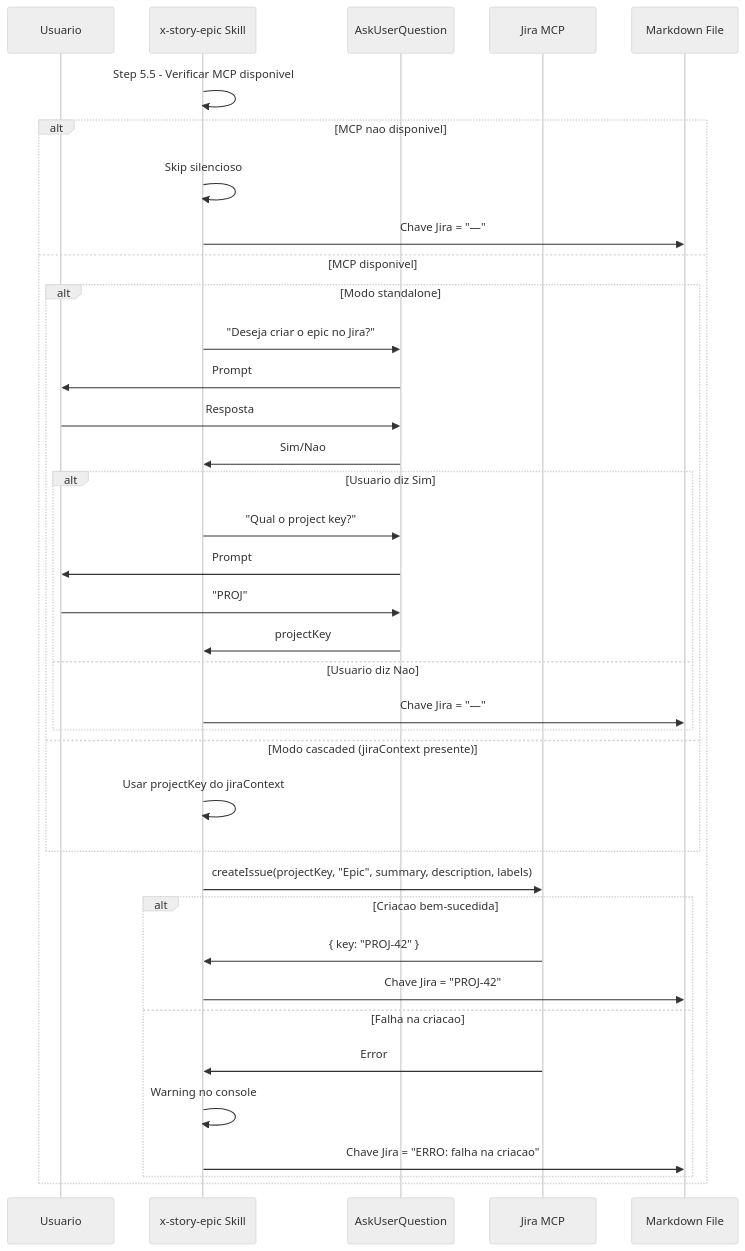
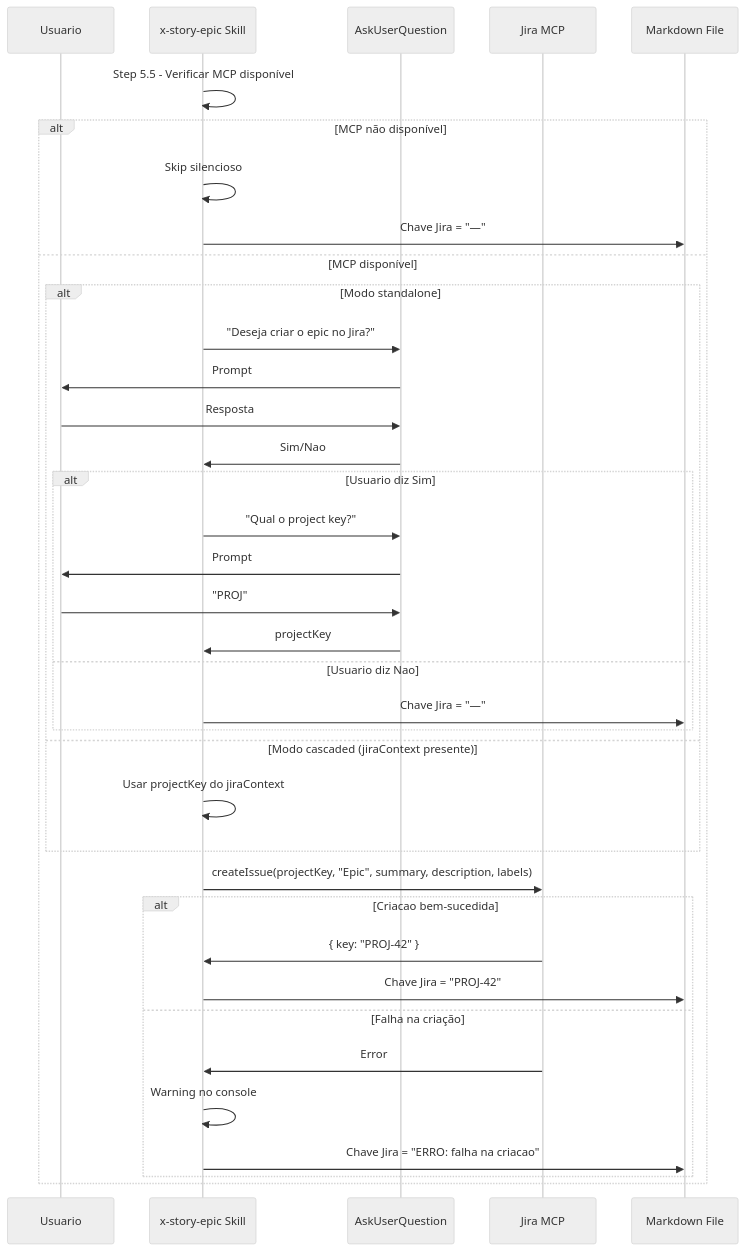
The first of 2 diagrams in docs/stories/epic-0011/story-0011-0003.md (edercnj/ia-dev-environment), drawn with Mermaid (neutral theme) before and after one commit. The commit also changed other lines of this file and 14 other files, not shown here.

````diff
--- a/docs/stories/epic-0011/story-0011-0003.md
+++ b/docs/stories/epic-0011/story-0011-0003.md
@@ -93,40 +93,40 @@
 ```mermaid
 sequenceDiagram
     participant U as Usuario
     participant S as x-story-epic Skill
     participant A as AskUserQuestion
     participant M as Jira MCP
     participant MD as Markdown File
 
-    S->>S: Step 5.5 - Verificar MCP disponivel
-    alt MCP nao disponivel
+    S->>S: Step 5.5 - Verificar MCP disponível
+    alt MCP não disponível
         S->>S: Skip silencioso
         S->>MD: Chave Jira = "—"
-    else MCP disponivel
+    else MCP disponível
         alt Modo standalone
             S->>A: "Deseja criar o epic no Jira?"
             A->>U: Prompt
             U->>A: Resposta
             A->>S: Sim/Nao
             alt Usuario diz Sim
                 S->>A: "Qual o project key?"
                 A->>U: Prompt
                 U->>A: "PROJ"
                 A->>S: projectKey
             else Usuario diz Nao
                 S->>MD: Chave Jira = "—"
             end
         else Modo cascaded (jiraContext presente)
             S->>S: Usar projectKey do jiraContext
         end
         S->>M: createIssue(projectKey, "Epic", summary, description, labels)
         alt Criacao bem-sucedida
             M->>S: { key: "PROJ-42" }
             S->>MD: Chave Jira = "PROJ-42"
-        else Falha na criacao
+        else Falha na criação
             M->>S: Error
             S->>S: Warning no console
             S->>MD: Chave Jira = "ERRO: falha na criacao"
         end
     end
 ```
````
